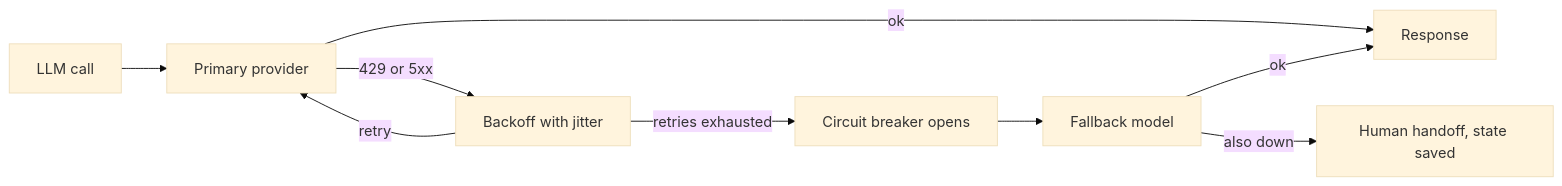
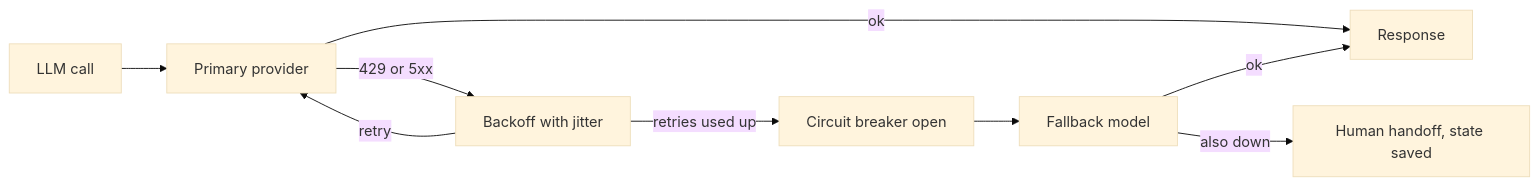
The fifth of 14 diagrams in content-en/11-agentic/12-agents-in-production.md (flow6979/viewinter), drawn with Mermaid (base theme) before and after one commit. The commit also changed other lines of this file and 26 other files, not shown here.

First line of the commit message:
Agentic AI: rewrite all 13 pages to explain from scratch; animate diagrams on every article

````diff
--- a/content-en/11-agentic/12-agents-in-production.md
+++ b/content-en/11-agentic/12-agents-in-production.md
@@ -182,11 +361,11 @@
 ```mermaid
 flowchart LR
     REQ["LLM call"] --> P["Primary provider"]
     P -->|ok| OUT["Response"]
     P -->|429 or 5xx| BO["Backoff with jitter"]
-    BO -->|retry| P
-    BO -->|retries exhausted| CB["Circuit breaker opens"]
+    BO -->|retries used up| CB["Circuit breaker open"]
     CB --> F["Fallback model"]
     F -->|ok| OUT
     F -->|also down| H["Human handoff, state saved"]
+    BO -->|retry| P
 ```
````
